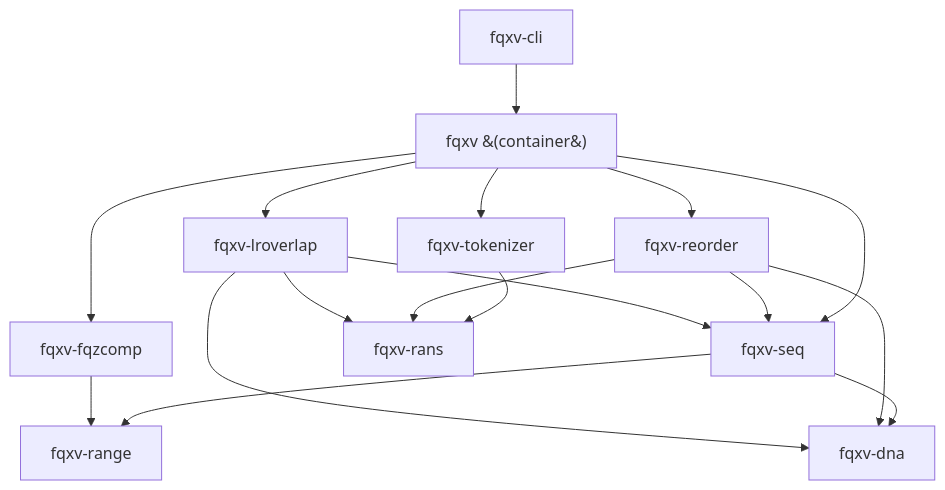
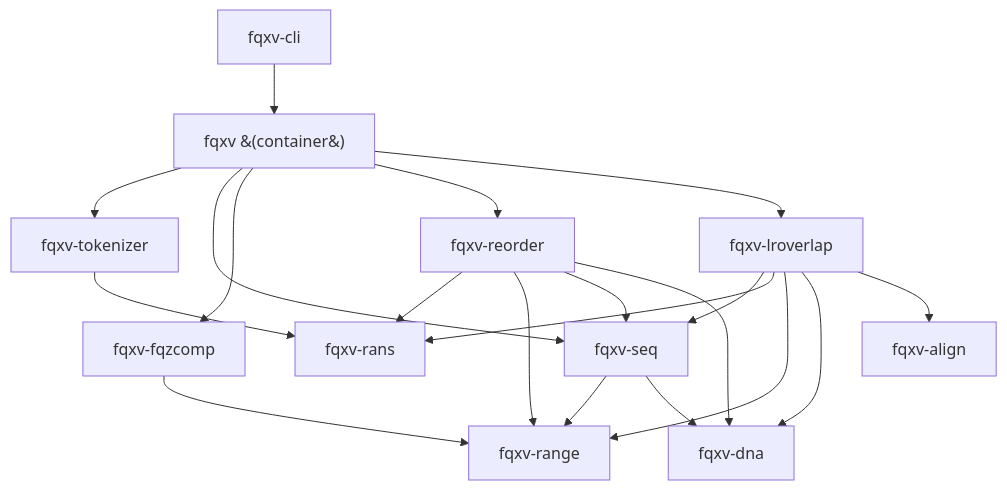
The diagram in docs/design/index.md (rnabioco/fqxv), drawn with Mermaid before and after one commit. The commit also changed other lines of this file and 33 other files, not shown here.

````diff
--- a/docs/design/index.md
+++ b/docs/design/index.md
@@ -19,19 +19,22 @@
 ```mermaid
 graph TD
     CLI[fqxv-cli] --> C[fqxv &#40;container&#41;]
     C --> TOK[fqxv-tokenizer]
     C --> SEQ[fqxv-seq]
     C --> FQZ[fqxv-fqzcomp]
     C --> REO[fqxv-reorder]
     C --> LRO[fqxv-lroverlap]
     TOK --> RANS[fqxv-rans]
     SEQ --> RANGE[fqxv-range]
     SEQ --> DNA[fqxv-dna]
     FQZ --> RANGE
     REO --> RANS
+    REO --> RANGE
     REO --> SEQ
     REO --> DNA
     LRO --> SEQ
     LRO --> RANS
+    LRO --> RANGE
     LRO --> DNA
+    LRO --> ALIGN[fqxv-align]
 ```
````
